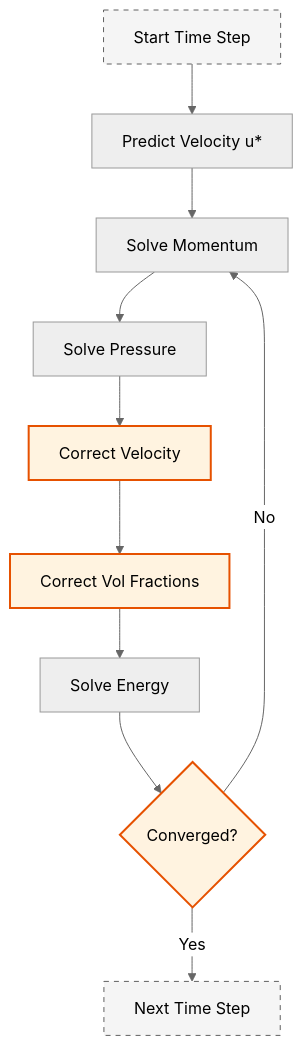
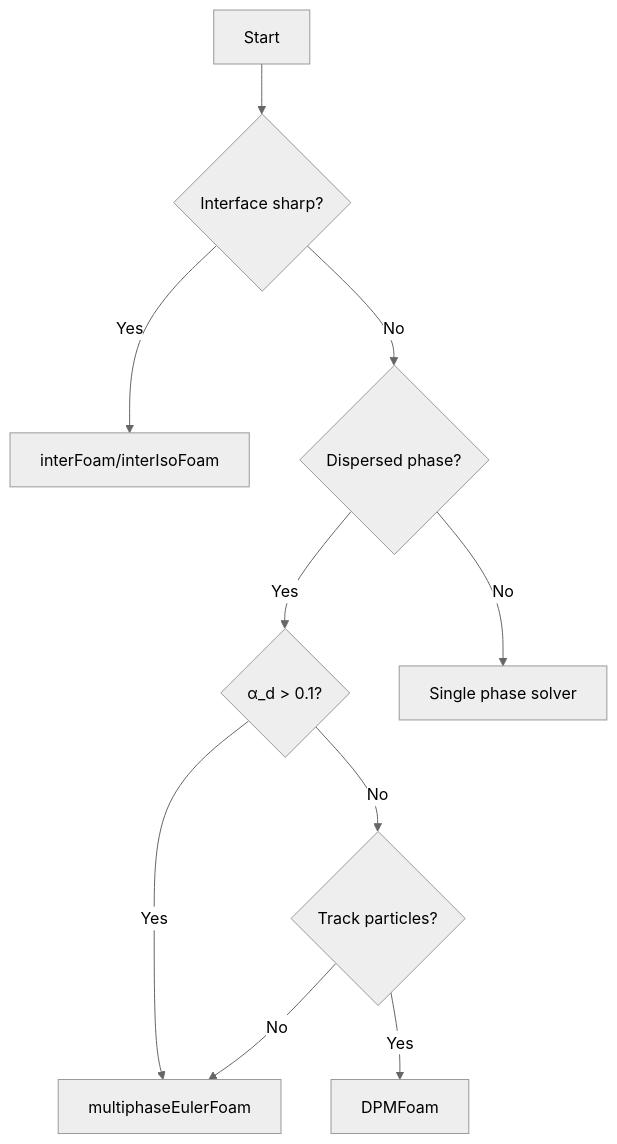
The second of 2 diagrams in MODULE_04_MULTIPHASE_FUNDAMENTALS/CONTENT/06_IMPLEMENTATION/01_Solver_Overview.md (wramet/build-my-cfd), drawn with Mermaid (neutral theme) before and after one commit. The commit also changed other lines of this file and 384 other files, not shown here.

````diff
--- a/MODULE_04_MULTIPHASE_FUNDAMENTALS/CONTENT/06_IMPLEMENTATION/01_Solver_Overview.md
+++ b/MODULE_04_MULTIPHASE_FUNDAMENTALS/CONTENT/06_IMPLEMENTATION/01_Solver_Overview.md
@@ -128,15 +107,12 @@
 ```mermaid
 flowchart TD
-classDef implicit fill:#e1f5fe,stroke:#01579b,stroke-width:2px,color:#000
-classDef explicit fill:#fff3e0,stroke:#e65100,stroke-width:2px,color:#000
-classDef context fill:#f5f5f5,stroke:#616161,stroke-width:1px,color:#000,stroke-dasharray: 5 5
-A[Start Time Step]:::context --> B[Predict Velocity u*]
-B --> C[Solve Momentum]
-C --> D[Solve Pressure]
-D --> E[Correct Velocity]:::explicit
-E --> F[Correct Vol Fractions]:::explicit
-F --> G[Solve Energy]
-G --> H{Converged?}:::explicit
-H -->|No| C
-H -->|Yes| I[Next Time Step]:::context
+    A[Start] --> B{Interface sharp?}
+    B -->|Yes| C[interFoam/interIsoFoam]
+    B -->|No| D{Dispersed phase?}
+    D -->|Yes| E{α_d > 0.1?}
+    D -->|No| F[Single phase solver]
+    E -->|Yes| G[multiphaseEulerFoam]
+    E -->|No| H{Track particles?}
+    H -->|Yes| I[DPMFoam]
+    H -->|No| G
 ```
````
